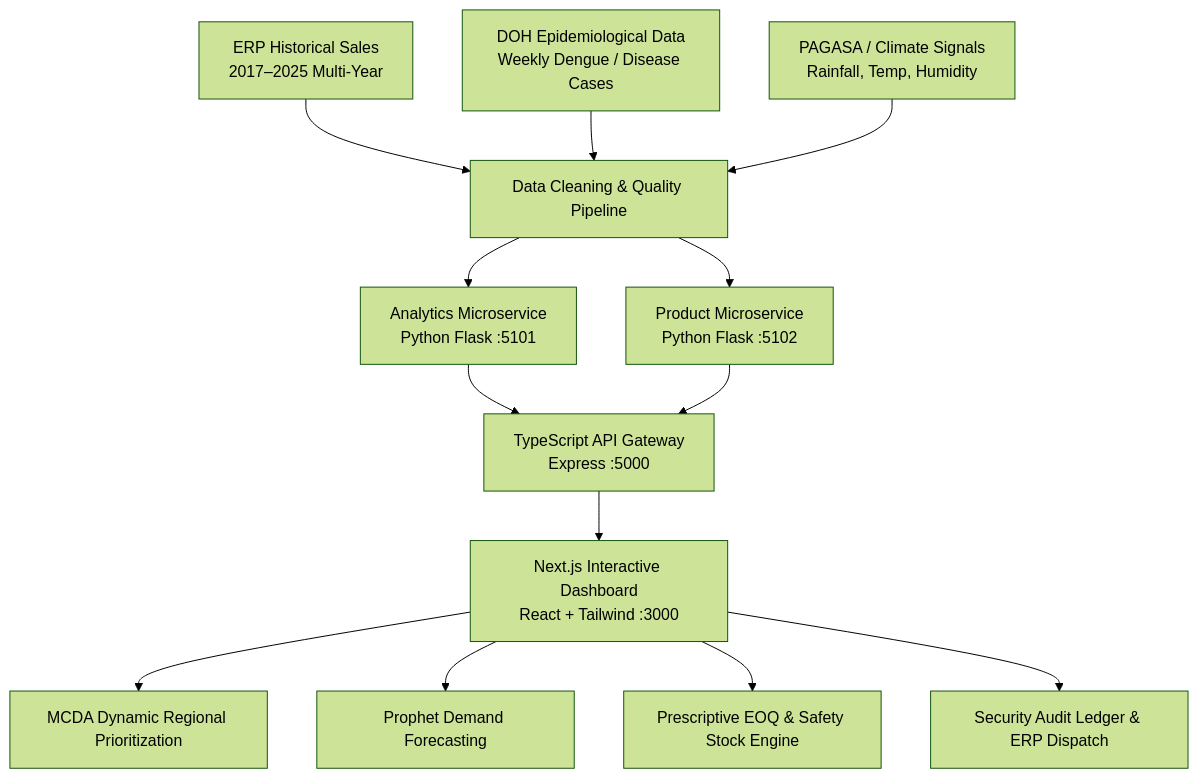
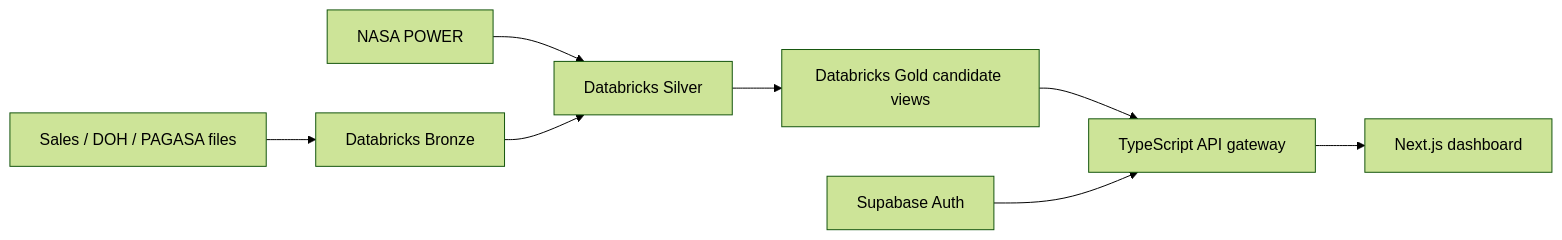
Before and after one commit to IS-Capstone-Group9/medshield-alt-working-repo: the diagram in docs/SYSTEM_DOCUMENTATION.md, drawn with Mermaid (forest theme). The commit also changed other lines of this file and 244 other files, not shown here.

Commit message:
Backup Databricks work before chart layout updates

````diff
--- a/docs/SYSTEM_DOCUMENTATION.md
+++ b/docs/SYSTEM_DOCUMENTATION.md
@@ -12,15 +11,10 @@
 ```mermaid
-graph TD
-    A[ERP Historical Sales<br/>2017–2025 Multi-Year] --> D[Data Cleaning & Quality Pipeline]
-    B[DOH Epidemiological Data<br/>Weekly Dengue / Disease Cases] --> D
-    C[PAGASA / Climate Signals<br/>Rainfall, Temp, Humidity] --> D
-    D --> E[Analytics Microservice<br/>Python Flask :5101]
-    D --> F[Product Microservice<br/>Python Flask :5102]
-    E --> G[TypeScript API Gateway<br/>Express :5000]
-    F --> G
-    G --> H[Next.js Interactive Dashboard<br/>React + Tailwind :3000]
-    H --> I[MCDA Dynamic Regional Prioritization]
-    H --> J[Prophet Demand Forecasting]
-    H --> K[Prescriptive EOQ & Safety Stock Engine]
-    H --> L[Security Audit Ledger & ERP Dispatch]
+flowchart LR
+    I[Sales / DOH / PAGASA files] --> B[Databricks Bronze]
+    N[NASA POWER] --> S[Databricks Silver]
+    B --> S
+    S --> G[Databricks Gold candidate views]
+    G --> A[TypeScript API gateway]
+    U[Supabase Auth] --> A
+    A --> D[Next.js dashboard]
 ```
````
